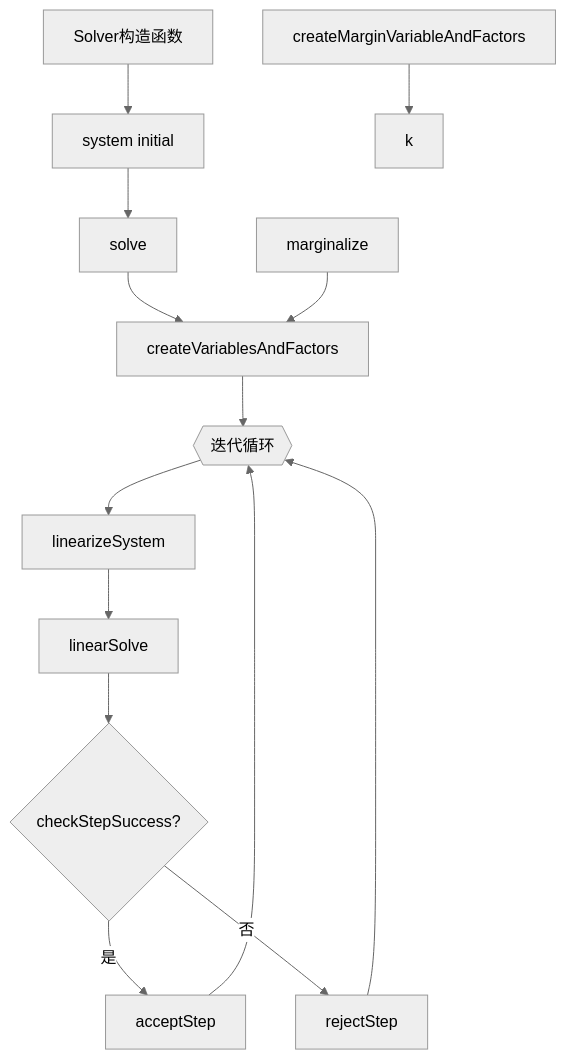
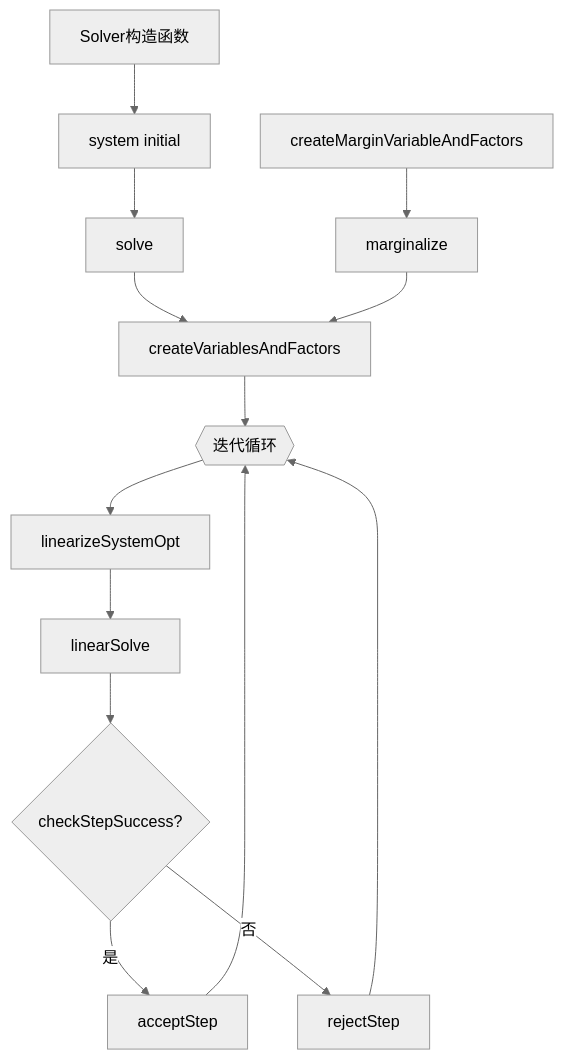
The diagram in all/未命名-2.md (huzixuan1/iodraw-files), drawn with Mermaid (neutral theme) before and after one commit.

Commit message:
2025-04-17 09:32:12 update

````diff
--- a/all/未命名-2.md
+++ b/all/未命名-2.md
@@ -1,19 +1,19 @@
 ```mermaid
 
 graph TD
     A[Solver构造函数] --> B[system initial]
     B --> C[solve]
     C --> D[createVariablesAndFactors]
     D --> E{{迭代循环}}
-    E --> F[linearizeSystem]
+    E --> F[linearizeSystemOpt]
     F --> G[linearSolve]
     G --> H{checkStepSuccess?}
     H -- 是 --> I[acceptStep]
     H -- 否 --> J[rejectStep]
     I --> E
     J --> E
     K[marginalize] --> D
-    M[createMarginVariableAndFactors] --> k
+    M[createMarginVariableAndFactors] --> K
 
 
 ```
````
